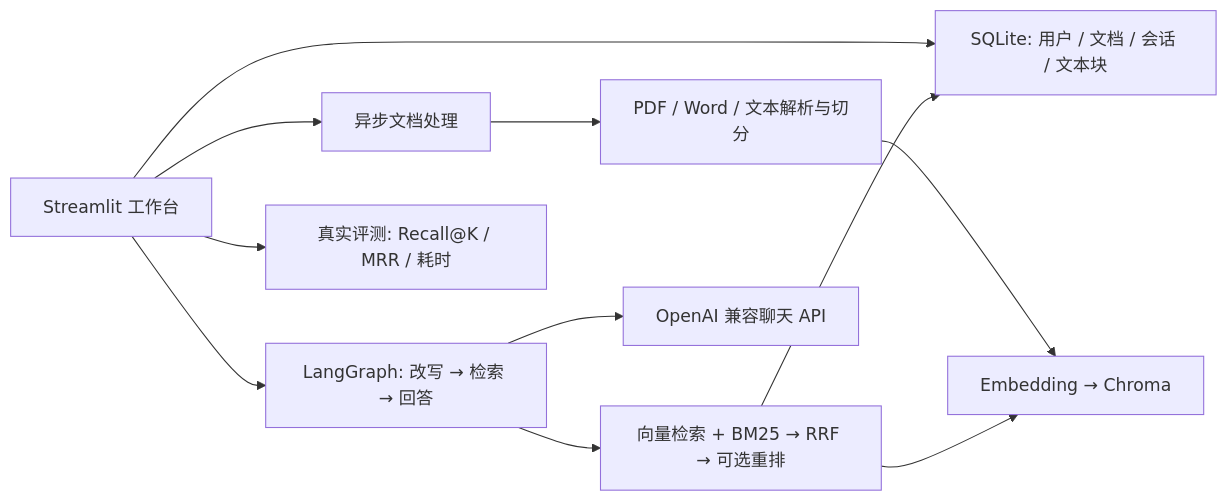
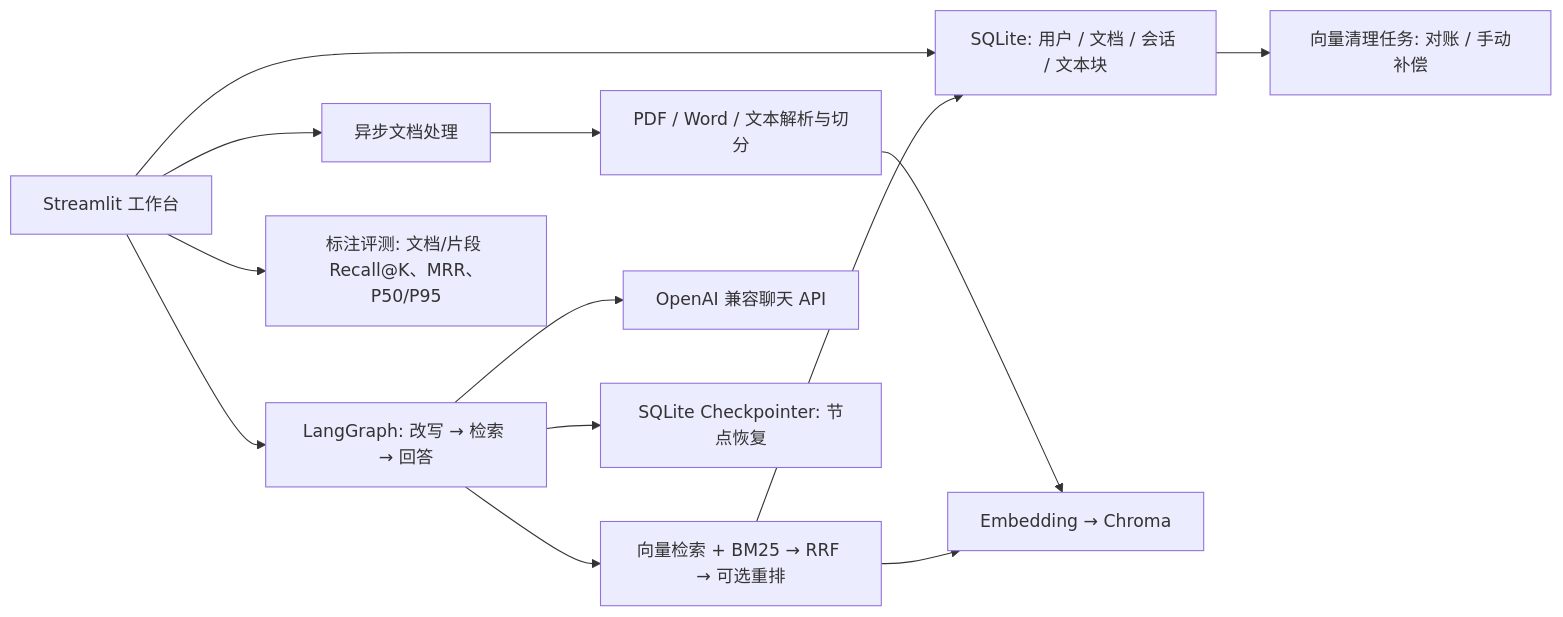
Before and after one commit to shilaoshitou-ux/rag-knowledge-hub: the diagram in README.md, drawn with Mermaid. The commit also changed other lines of this file and 34 other files, not shown here.

````diff
--- a/README.md
+++ b/README.md
@@ -127,13 +137,15 @@
 ```mermaid
 flowchart LR
     UI[Streamlit 工作台] --> Repo[SQLite: 用户 / 文档 / 会话 / 文本块]
     UI --> Upload[异步文档处理]
     Upload --> Parse[PDF / Word / 文本解析与切分]
     Parse --> V[Embedding → Chroma]
     UI --> Graph[LangGraph: 改写 → 检索 → 回答]
     Graph --> Find[向量检索 + BM25 → RRF → 可选重排]
     Find --> V
     Find --> Repo
     Graph --> LLM[OpenAI 兼容聊天 API]
-    UI --> Eval[真实评测: Recall@K / MRR / 耗时]
+    Graph --> CP[SQLite Checkpointer: 节点恢复]
+    Repo --> Jobs[向量清理任务: 对账 / 手动补偿]
+    UI --> Eval[标注评测: 文档/片段 Recall@K、MRR、P50/P95]
 ```
````
